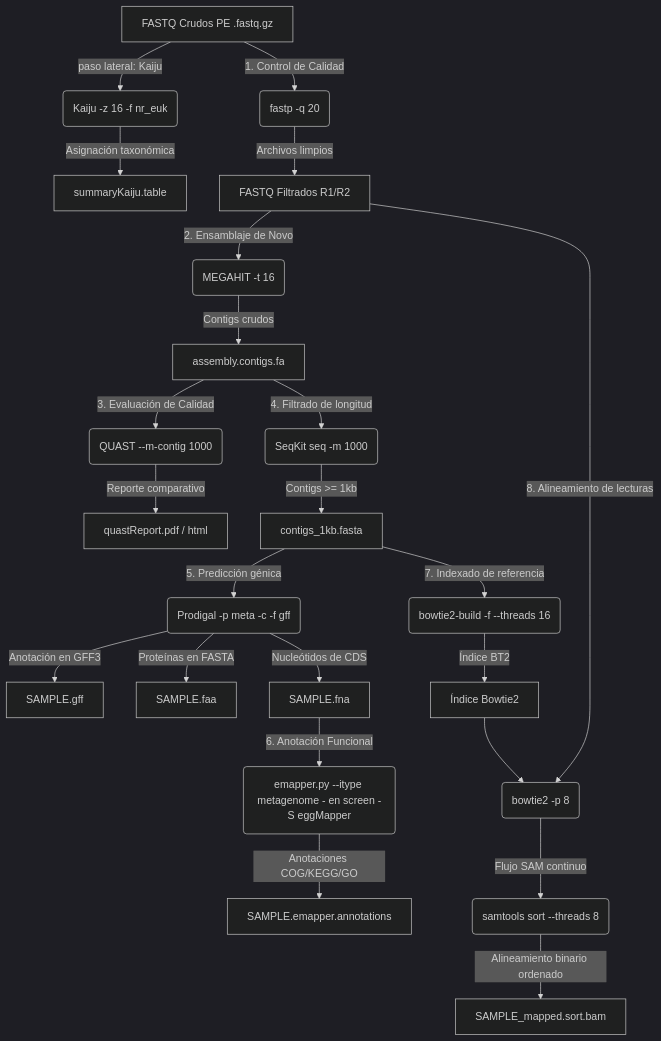
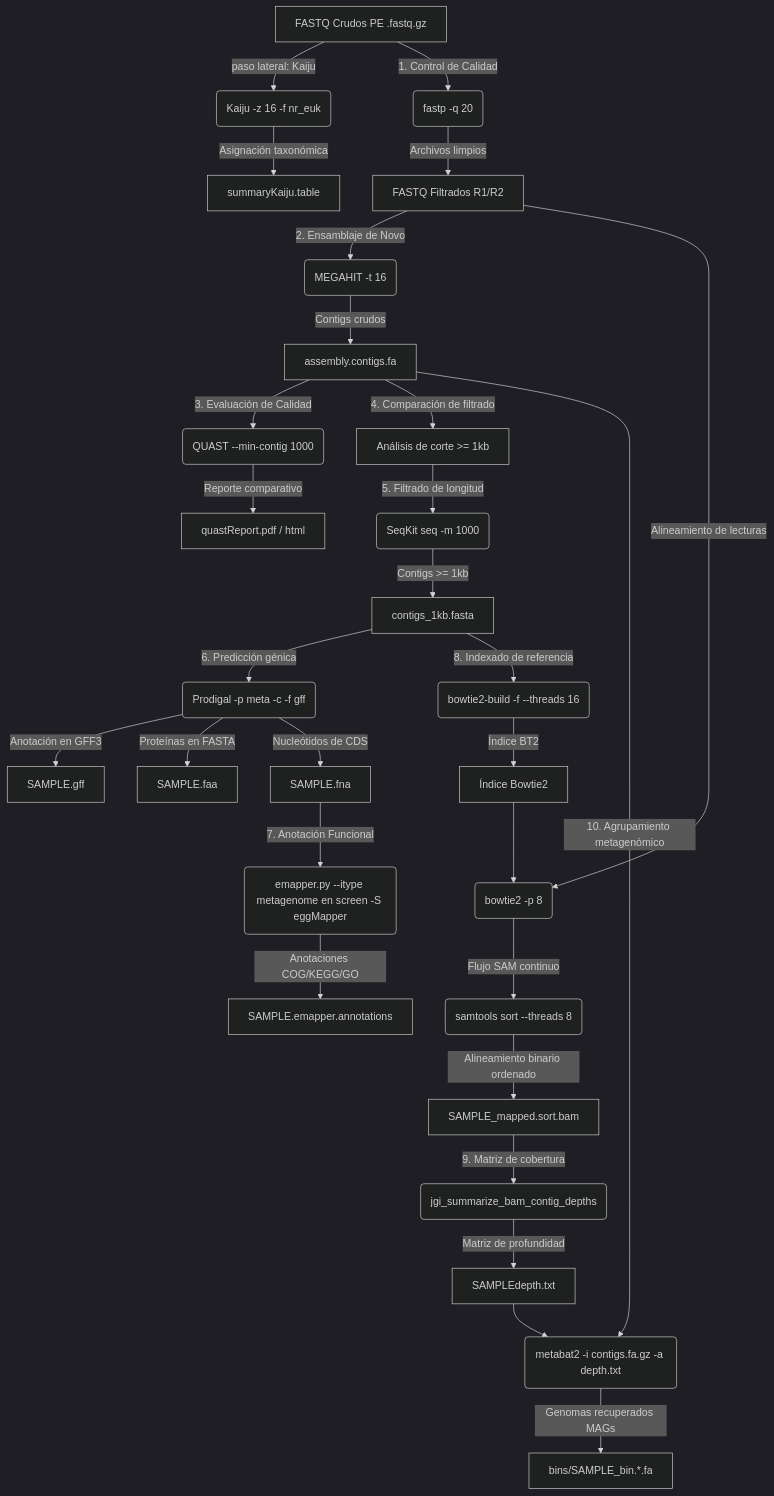
The diagram in README.md (IzaRamosUNAM/AntarcticMetagenomes), drawn with Mermaid (dark theme) before and after one commit. The commit also changed other lines of this file, not shown here.

````diff
--- a/README.md
+++ b/README.md
@@ -773,31 +779,39 @@
 ```mermaid
 graph TD
     A[FASTQ Crudos PE .fastq.gz] -->|paso lateral: Kaiju| B(Kaiju -z 16 -f nr_euk)
     B -->|Asignación taxonómica| C[summaryKaiju.table]
     
     A -->|1. Control de Calidad| D(fastp -q 20)
     D -->|Archivos limpios| E[FASTQ Filtrados R1/R2]
     E -->|2. Ensamblaje de Novo| F(MEGAHIT -t 16)
     F -->|Contigs crudos| G[assembly.contigs.fa]
     
-    G -->|3. Evaluación de Calidad| H(QUAST --m-contig 1000)
+    G -->|3. Evaluación de Calidad| H(QUAST --min-contig 1000)
     H -->|Reporte comparativo| I[quastReport.pdf / html]
     
-    G -->|4. Filtrado de longitud| J(SeqKit seq -m 1000)
-    J -->|Contigs >= 1kb| K[contigs_1kb.fasta]
+    G -->|4. Comparación de filtrado| J1[Análisis de corte >= 1kb]
+    J1 -->|5. Filtrado de longitud| J2(SeqKit seq -m 1000)
+    J2 -->|Contigs >= 1kb| K[contigs_1kb.fasta]
     
-    K -->|5. Predicción génica| L(Prodigal -p meta -c -f gff)
+    K -->|6. Predicción génica| L(Prodigal -p meta -c -f gff)
     L -->|Anotación en GFF3| M[SAMPLE.gff]
     L -->|Proteínas en FASTA| N[SAMPLE.faa]
     L -->|Nucleótidos de CDS| O[SAMPLE.fna]
     
-    O -->|6. Anotación Funcional| P(emapper.py --itype metagenome - en screen -S eggMapper)
+    O -->|7. Anotación Funcional| P(emapper.py --itype metagenome en screen -S eggMapper)
     P -->|Anotaciones COG/KEGG/GO| Q[SAMPLE.emapper.annotations]
     
-    K -->|7. Indexado de referencia| R(bowtie2-build -f --threads 16)
+    K -->|8. Indexado de referencia| R(bowtie2-build -f --threads 16)
     R -->|Índice BT2| S[Índice Bowtie2]
-    E -->|8. Alineamiento de lecturas| T(bowtie2 -p 8)
+    E -->|Alineamiento de lecturas| T(bowtie2 -p 8)
     S --> T
     T -->|Flujo SAM continuo| U(samtools sort --threads 8)
     U -->|Alineamiento binario ordenado| V[SAMPLE_mapped.sort.bam]
+    
+    V -->|9. Matriz de cobertura| W(jgi_summarize_bam_contig_depths)
+    W -->|Matriz de profundidad| X[SAMPLEdepth.txt]
+    G -->|10. Agrupamiento metagenómico| Y(metabat2 -i contigs.fa.gz -a depth.txt)
+    X --> Y
+    Y -->|Genomas recuperados MAGs| Z[bins/SAMPLE_bin.*.fa]
+
 ```
````
